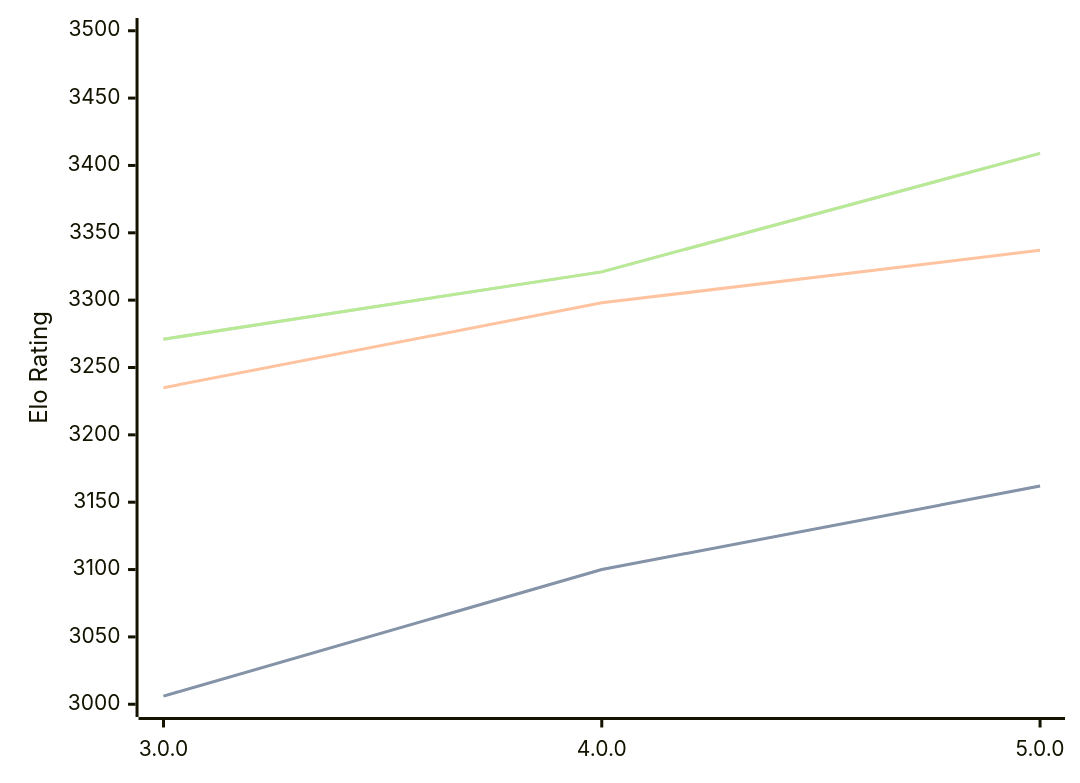
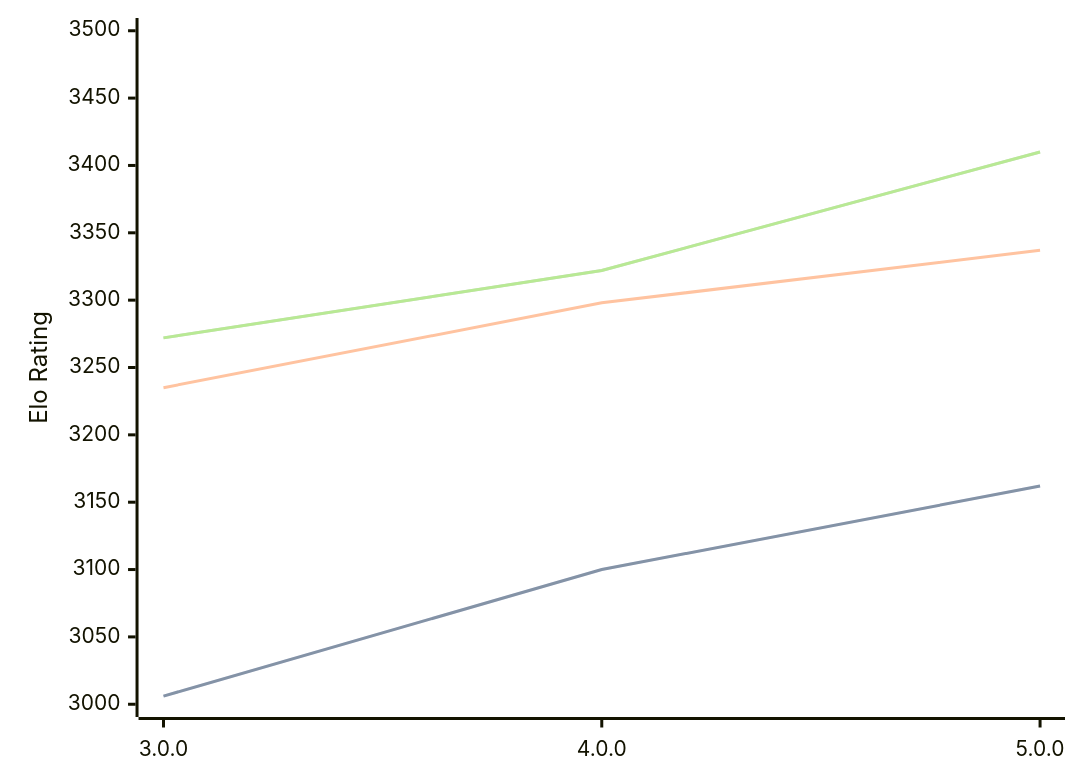
One commit to computer-chess-index/cci changed the diagram in engines/Minke.md. Above: the diagram before and after it, drawn with Mermaid. The commit also changed other lines of this file, not shown here.

Commit message:
Update CCI Ratings (ELO VLTC) - 2026-04-05

````diff
--- a/engines/Minke.md
+++ b/engines/Minke.md
@@ -35,11 +35,11 @@
 ```mermaid
 %%{init: {"theme":"base","themeVariables":{"seriesColors:['#a3a3a3','#222221','#faa371']}}}%%
 xychart-beta
   x-axis ["3.0.0", "4.0.0", "5.0.0"]
   y-axis "Elo Rating" 3000 --> 3500
   line "STC (8.0+0.08s)" [3006, 3100, 3162]
   line "STC (8.0+0.08s)" [3006, 3100, 3162]
   line "LTC (60.0+0.60s)" [3235, 3298, 3337]
-  line "VLTC (2m24s+1.12s)" [3271, 3321, 3409]
-  line "VLTC (2m24s+1.12s)" [3271, 3321, 3409]
+  line "VLTC (2m24s+1.12s)" [3272, 3322, 3410]
+  line "VLTC (2m24s+1.12s)" [3272, 3322, 3410]
 ```
````
